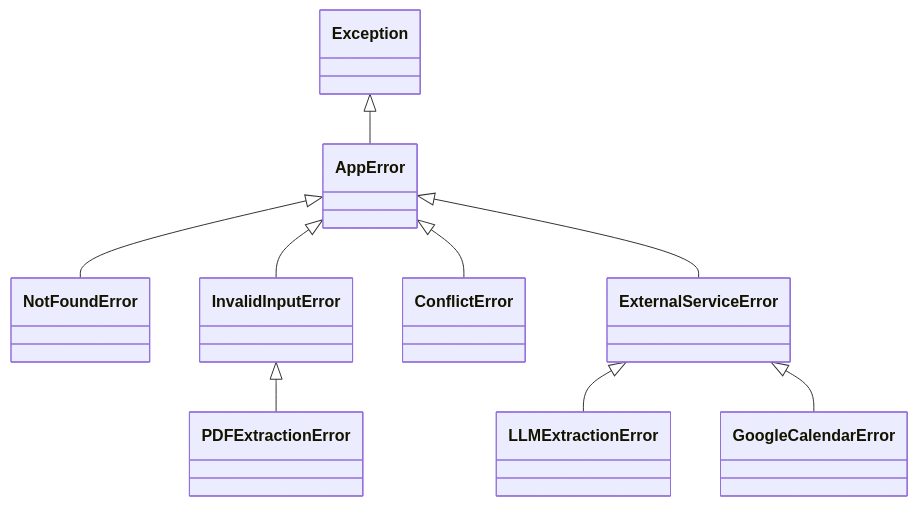
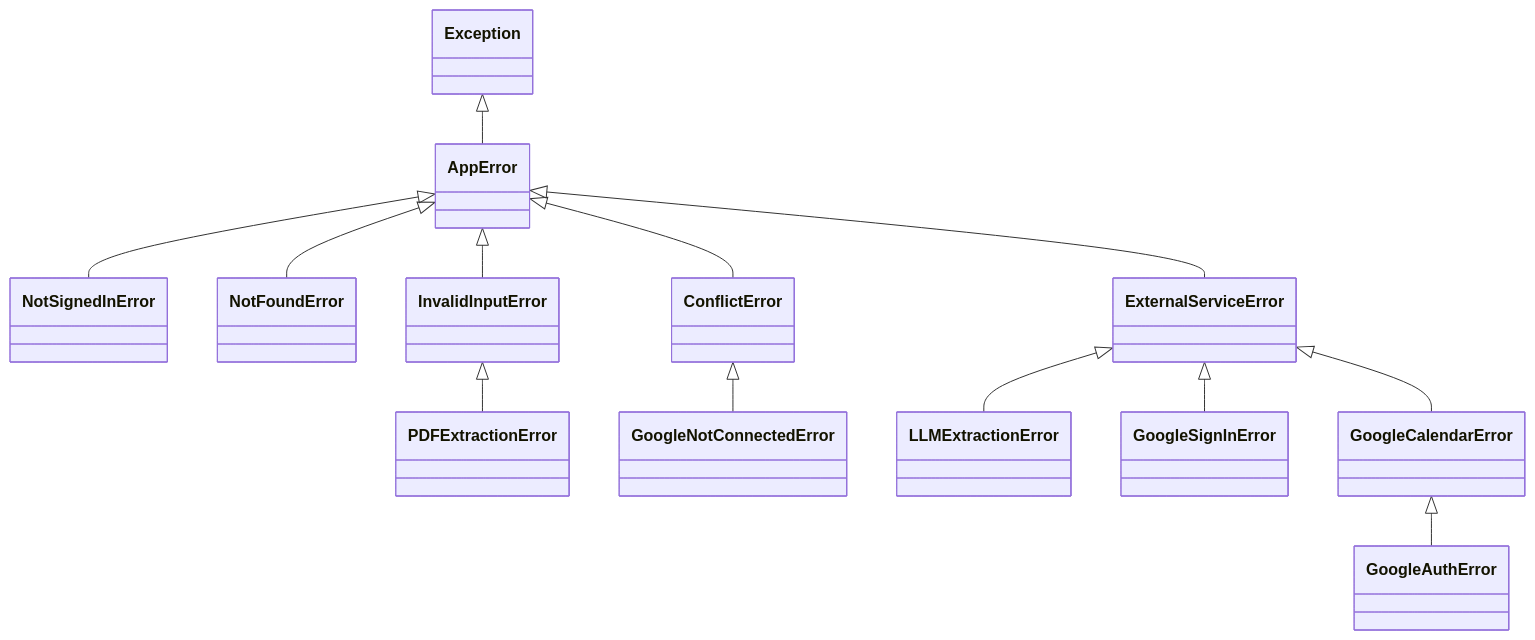
Before and after one commit to liam-shah/Syllabus2Cal: the fifth of 7 diagrams in ARCHITECTURE.md, drawn with Mermaid. The commit also changed other lines of this file and 39 other files, not shown here.

Commit message:
Add Google sign-in accounts with database-backed sessions

````diff
--- a/ARCHITECTURE.md
+++ b/ARCHITECTURE.md
@@ -198,11 +267,15 @@
 ```mermaid
 classDiagram
     Exception <|-- AppError
+    AppError <|-- NotSignedInError
     AppError <|-- NotFoundError
     AppError <|-- InvalidInputError
     AppError <|-- ConflictError
     AppError <|-- ExternalServiceError
     InvalidInputError <|-- PDFExtractionError
+    ConflictError <|-- GoogleNotConnectedError
     ExternalServiceError <|-- LLMExtractionError
+    ExternalServiceError <|-- GoogleSignInError
     ExternalServiceError <|-- GoogleCalendarError
+    GoogleCalendarError <|-- GoogleAuthError
 ```
````
